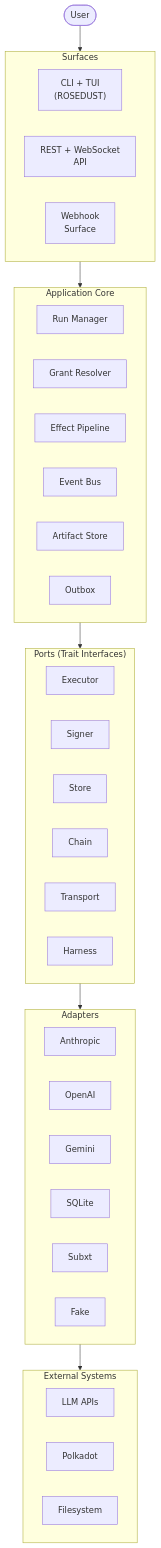
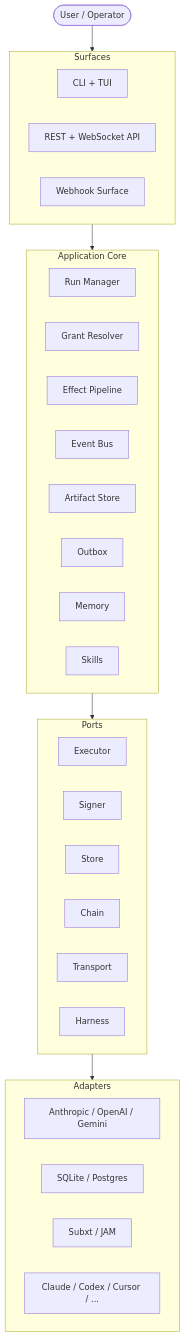
The first of 2 diagrams in README.md (wpank/polkagent), drawn with Mermaid before and after one commit. The commit also changed other lines of this file, not shown here.

````diff
--- a/README.md
+++ b/README.md
@@ -188,51 +397,43 @@
 ```mermaid
 graph TB
-    User([User])
+    User([User / Operator])
 
     subgraph Surfaces["Surfaces"]
-        CLI["CLI + TUI<br/>(ROSEDUST)"]
-        API["REST + WebSocket<br/>API"]
-        Webhook["Webhook<br/>Surface"]
+        CLI["CLI + TUI"]
+        API["REST + WebSocket API"]
+        WH["Webhook Surface"]
     end
 
     subgraph Core["Application Core"]
         RM["Run Manager"]
         GR["Grant Resolver"]
         EP["Effect Pipeline"]
         EB["Event Bus"]
         AS["Artifact Store"]
         OB["Outbox"]
+        MM["Memory"]
+        SK["Skills"]
     end
 
-    subgraph Ports["Ports (Trait Interfaces)"]
+    subgraph Ports["Ports"]
         ET["Executor"]
         ST["Signer"]
         SR["Store"]
         CT["Chain"]
         TT["Transport"]
         HT["Harness"]
     end
 
     subgraph Adapters["Adapters"]
         direction LR
-        A1["Anthropic"]
-        A2["OpenAI"]
-        A3["Gemini"]
-        A4["SQLite"]
-        A5["Subxt"]
-        A6["Fake"]
-    end
-
-    subgraph External["External Systems"]
-        direction LR
-        LLM["LLM APIs"]
-        DOT["Polkadot"]
-        FS["Filesystem"]
+        A1["Anthropic / OpenAI / Gemini"]
+        A4["SQLite / Postgres"]
+        A5["Subxt / JAM"]
+        A6["Claude / Codex / Cursor / ..."]
     end
 
     User --> Surfaces
     Surfaces --> Core
     Core --> Ports
     Ports --> Adapters
-    Adapters --> External
 ```
````
